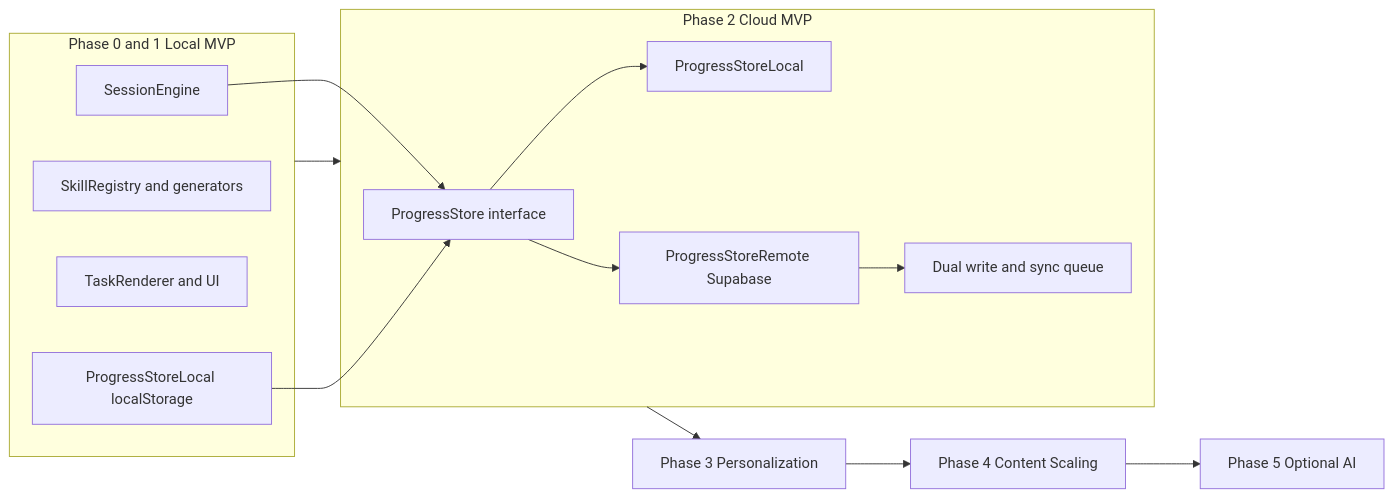
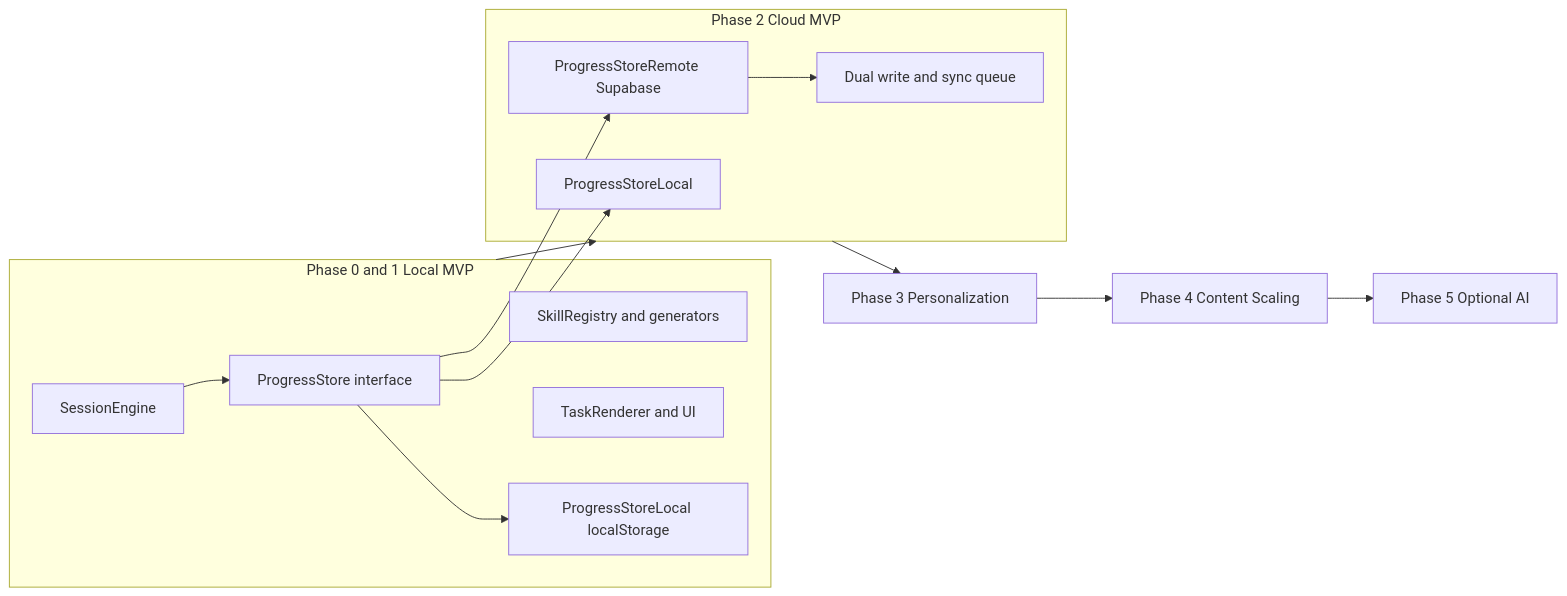
Before and after one commit to laserjm/annemie-app: the first of 4 diagrams in docs/architecture/architecture-evolution.md, drawn with Mermaid. The commit also changed 14 other files, not shown here.

Commit message:
Create sustainable architecture docs

````diff
--- a/docs/architecture/architecture-evolution.md
+++ b/docs/architecture/architecture-evolution.md
@@ -11,27 +11,27 @@
 ```mermaid
 flowchart LR
   P0["Phase 0 and 1 Local MVP"] --> P2["Phase 2 Cloud MVP"]
   P2 --> P3["Phase 3 Personalization"]
   P3 --> P4["Phase 4 Content Scaling"]
   P4 --> P5["Phase 5 Optional AI"]
 
   subgraph P0["Phase 0 and 1 Local MVP"]
     A["SessionEngine"]
     B["SkillRegistry and generators"]
     C["TaskRenderer and UI"]
-    D["ProgressStoreLocal localStorage"]
+    D["ProgressStore interface"]
+    E["ProgressStoreLocal localStorage"]
   end
 
   subgraph P2["Phase 2 Cloud MVP"]
-    E["ProgressStore interface"]
     F["ProgressStoreLocal"]
     G["ProgressStoreRemote Supabase"]
     H["Dual write and sync queue"]
   end
 
-  A --> E
+  A --> D
   D --> E
-  E --> F
-  E --> G
+  D --> F
+  D --> G
   G --> H
 ```
````
